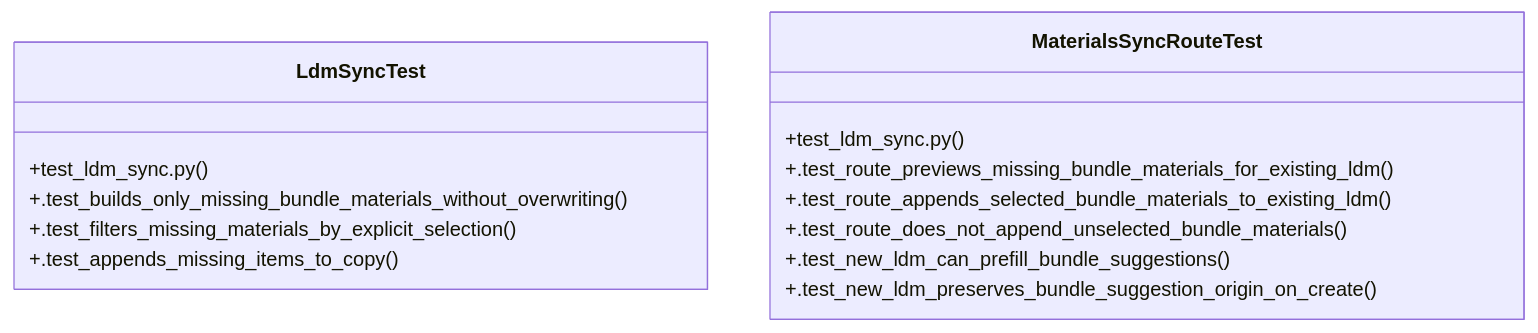
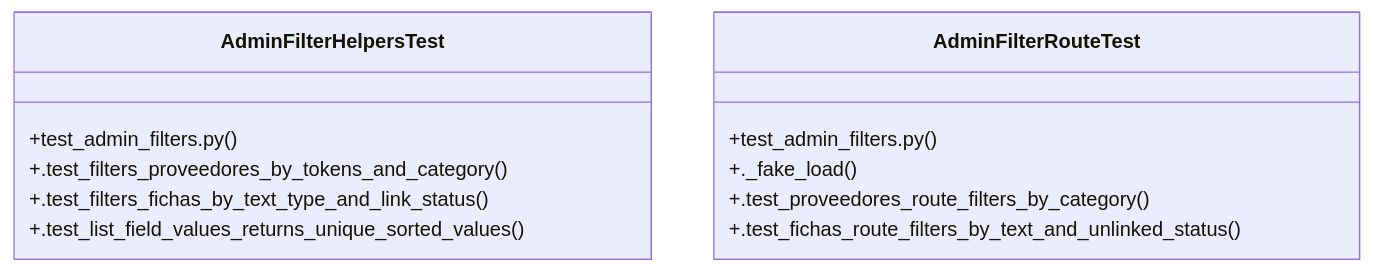
Before and after one commit to Daftrick/ProjectTracker: the diagram in graphify-out/wiki/Community_19.md, drawn with Mermaid. The commit also changed other lines of this file and 544 other files, not shown here.

````diff
--- a/graphify-out/wiki/Community_19.md
+++ b/graphify-out/wiki/Community_19.md
@@ -35,17 +33,15 @@
 ```mermaid
 classDiagram
-    class LdmSyncTest {
-        +test_ldm_sync.py()
-        +.test_builds_only_missing_bundle_materials_without_overwriting()
-        +.test_filters_missing_materials_by_explicit_selection()
-        +.test_appends_missing_items_to_copy()
+    class AdminFilterHelpersTest {
+        +test_admin_filters.py()
+        +.test_filters_proveedores_by_tokens_and_category()
+        +.test_filters_fichas_by_text_type_and_link_status()
+        +.test_list_field_values_returns_unique_sorted_values()
     }
-    class MaterialsSyncRouteTest {
-        +test_ldm_sync.py()
-        +.test_route_previews_missing_bundle_materials_for_existing_ldm()
-        +.test_route_appends_selected_bundle_materials_to_existing_ldm()
-        +.test_route_does_not_append_unselected_bundle_materials()
-        +.test_new_ldm_can_prefill_bundle_suggestions()
-        +.test_new_ldm_preserves_bundle_suggestion_origin_on_create()
+    class AdminFilterRouteTest {
+        +test_admin_filters.py()
+        +._fake_load()
+        +.test_proveedores_route_filters_by_category()
+        +.test_fichas_route_filters_by_text_and_unlinked_status()
     }
 ```
````
